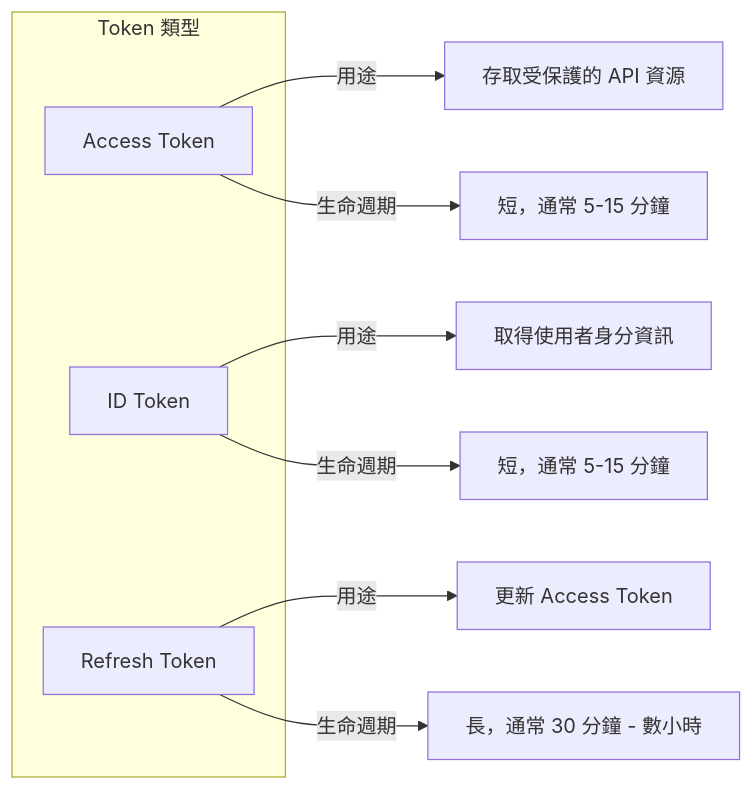
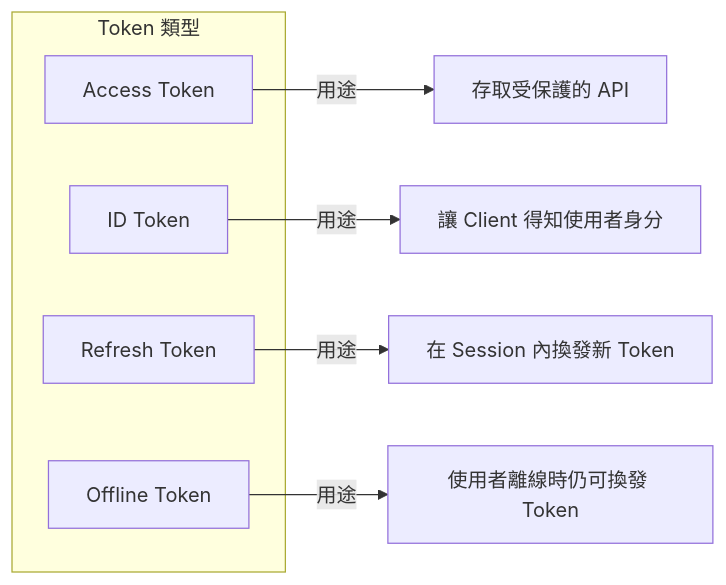
One commit to chihhung/Blog changed the second of 19 diagrams in content/posts/教學/工具/Keycloak教學手冊.md. Above: the diagram before and after it, drawn with Mermaid. The commit also changed other lines of this file and 10 other files, not shown here.

````diff
--- a/content/posts/教學/工具/Keycloak教學手冊.md
+++ b/content/posts/教學/工具/Keycloak教學手冊.md
@@ -176,16 +469,14 @@
 ```mermaid
 graph LR
-    subgraph "Token 類型"
+    subgraph TT["Token 類型"]
         AT[Access Token]
         IT[ID Token]
         RT[Refresh Token]
+        OT[Offline Token]
     end
-    
-    AT -->|用途| AT1[存取受保護的 API 資源]
-    IT -->|用途| IT1[取得使用者身分資訊]
-    RT -->|用途| RT1[更新 Access Token]
-    
-    AT -->|生命週期| AT2[短，通常 5-15 分鐘]
-    IT -->|生命週期| IT2[短，通常 5-15 分鐘]
-    RT -->|生命週期| RT2[長，通常 30 分鐘 - 數小時]
+
+    AT -->|用途| AT1[存取受保護的 API]
+    IT -->|用途| IT1[讓 Client 得知使用者身分]
+    RT -->|用途| RT1[在 Session 內換發新 Token]
+    OT -->|用途| OT1[使用者離線時仍可換發 Token]
 ```
````
